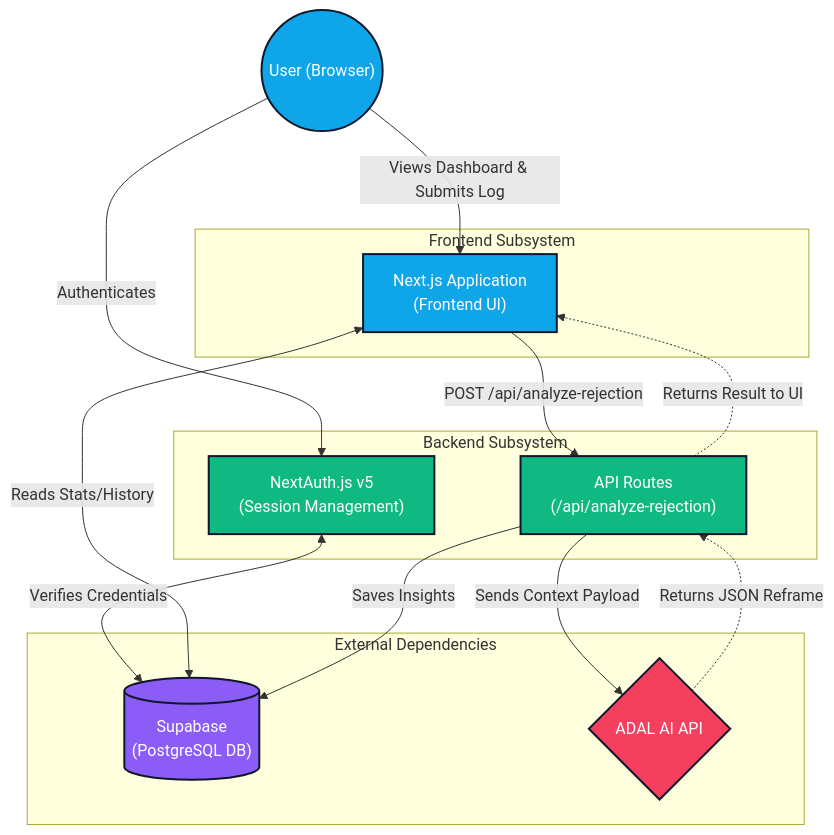
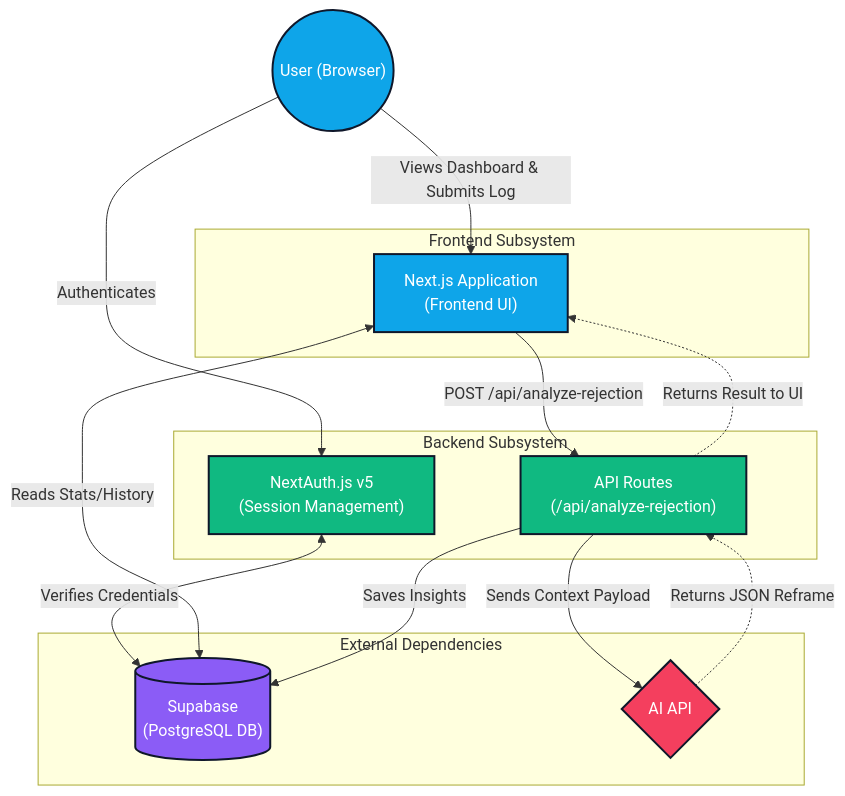
One commit to kkadapa/Rejected changed the diagram in README.md. Above: the diagram before and after it, drawn with Mermaid. The commit also changed other lines of this file and 6 other files, not shown here.

````diff
--- a/README.md
+++ b/README.md
@@ -26,45 +26,45 @@
 ```mermaid
 graph TD
     %% Define styles for nodes
     classDef client fill:#0ea5e9,stroke:#0f172a,stroke-width:2px,color:#fff;
     classDef server fill:#10b981,stroke:#0f172a,stroke-width:2px,color:#fff;
     classDef db fill:#8b5cf6,stroke:#0f172a,stroke-width:2px,color:#fff;
     classDef external fill:#f43f5e,stroke:#0f172a,stroke-width:2px,color:#fff;
 
     %% Nodes
     User(("User (Browser)")):::client
     NextApp["Next.js Application\n(Frontend UI)"]:::client
     NextAuth["NextAuth.js v5\n(Session Management)"]:::server
     NextAPI["API Routes\n(/api/analyze-rejection)"]:::server
     SupabaseDB[("Supabase\n(PostgreSQL DB)")]:::db
-    AdalAPI{"ADAL AI API"}:::external
+    AI_API{"AI API"}:::external
 
     %% Flow
     User -->|Views Dashboard & Submits Log| NextApp
     User -->|Authenticates| NextAuth
     
     NextAuth <-->|Verifies Credentials| SupabaseDB
     NextApp <-->|Reads Stats/History| SupabaseDB
     
     NextApp -->|POST /api/analyze-rejection| NextAPI
-    NextAPI -->|Sends Context Payload| AdalAPI
+    NextAPI -->|Sends Context Payload| AI_API
     
-    AdalAPI -.->|Returns JSON Reframe| NextAPI
+    AI_API -.->|Returns JSON Reframe| NextAPI
     NextAPI -->|Saves Insights| SupabaseDB
     NextAPI -.->|Returns Result to UI| NextApp
 
     %% Subgraphs for logical grouping
     subgraph Frontend Subsystem
     NextApp
     end
 
     subgraph Backend Subsystem
     NextAuth
     NextAPI
     end
 
     subgraph External Dependencies
     SupabaseDB
-    AdalAPI
+    AI_API
     end
 ```
````
